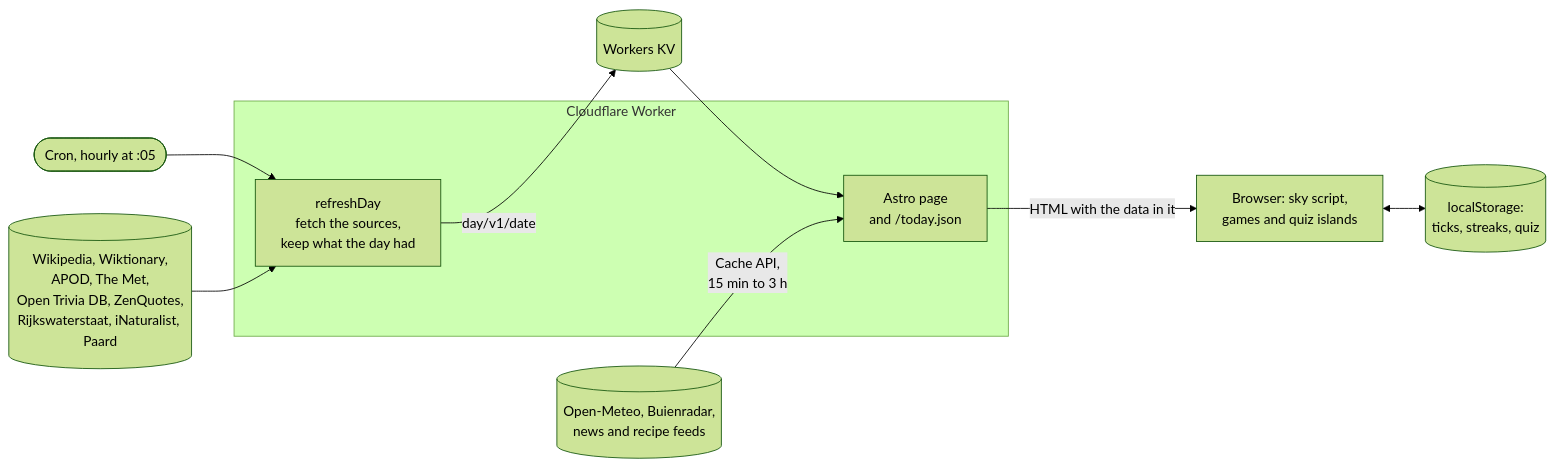
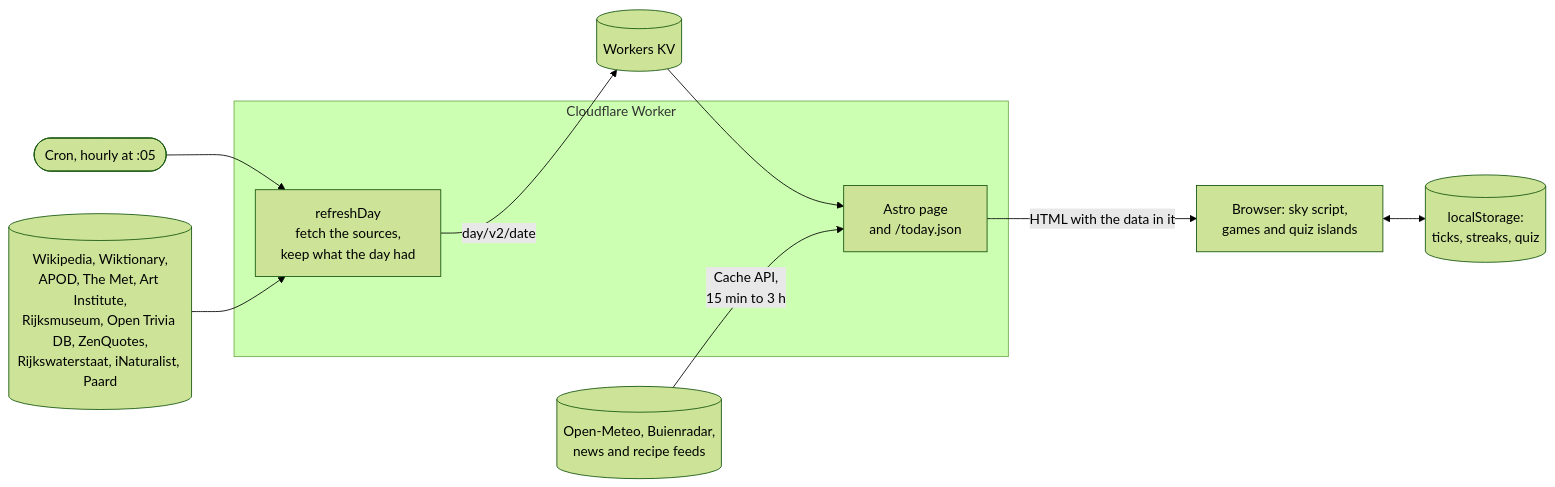
The diagram in README.md (simonvanlierde/duinlab-today), drawn with Mermaid (forest theme) before and after one commit. The commit also changed other lines of this file and 18 other files, not shown here.

````diff
--- a/README.md
+++ b/README.md
@@ -11,14 +11,14 @@
 ```mermaid
 flowchart LR
   cron(["Cron, hourly at :05"]) --> build
   subgraph worker["Cloudflare Worker"]
     build["refreshDay<br/>fetch the sources,<br/>keep what the day had"]
     page["Astro page<br/>and /today.json"]
   end
-  sources[("Wikipedia, Wiktionary,<br/>APOD, The Met,<br/>Open Trivia DB, ZenQuotes,<br/>Rijkswaterstaat, iNaturalist, Paard")] --> build
-  build -- "day/v1/date" --> kv[("Workers KV")]
+  sources[("Wikipedia, Wiktionary,<br/>APOD, The Met, Art Institute,<br/>Rijksmuseum, Open Trivia DB, ZenQuotes,<br/>Rijkswaterstaat, iNaturalist, Paard")] --> build
+  build -- "day/v2/date" --> kv[("Workers KV")]
   kv --> page
   live[("Open-Meteo, Buienradar,<br/>news and recipe feeds")] -- "Cache API,<br/>15 min to 3 h" --> page
   page -- "HTML with the data in it" --> browser["Browser: sky script,<br/>games and quiz islands"]
   browser <--> ls[("localStorage:<br/>ticks, streaks, quiz")]
 ```
````
